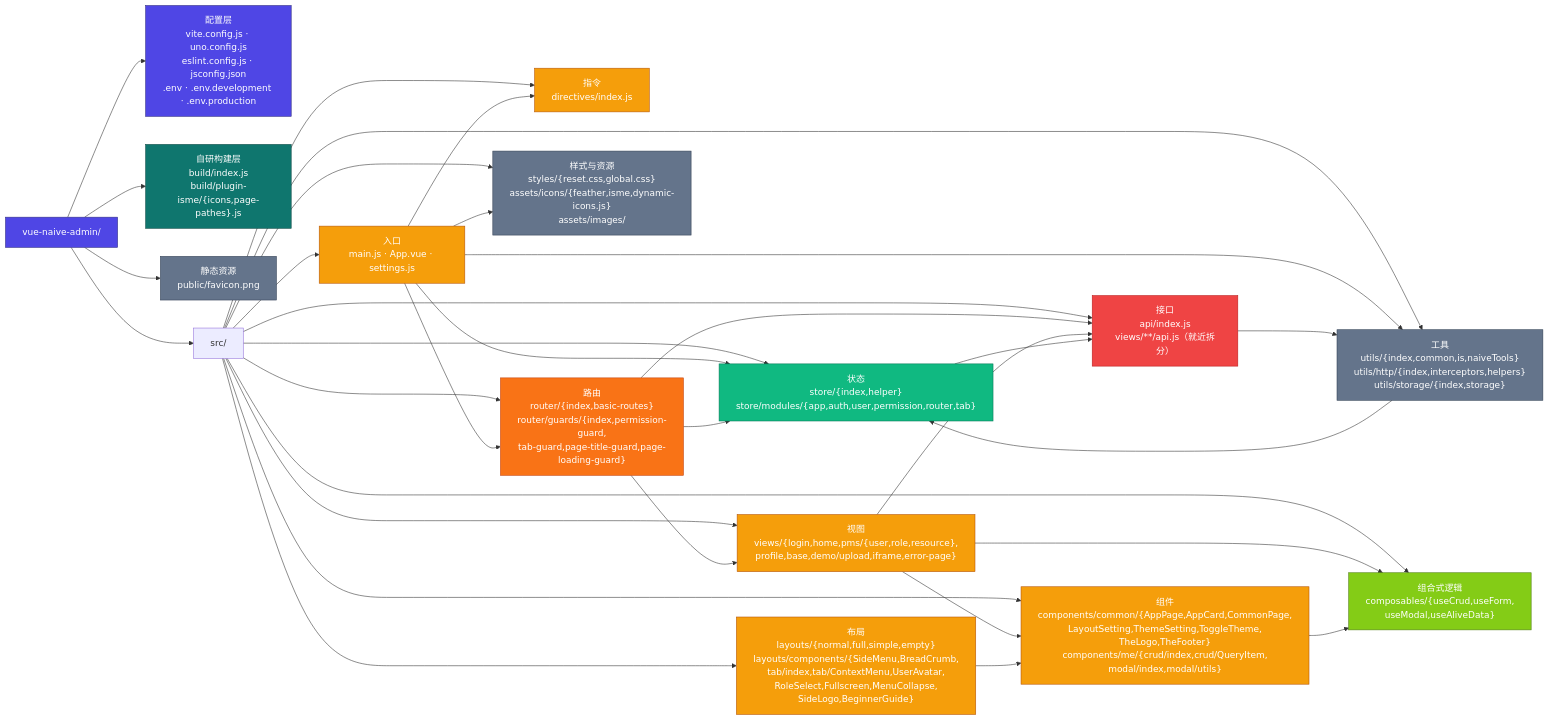
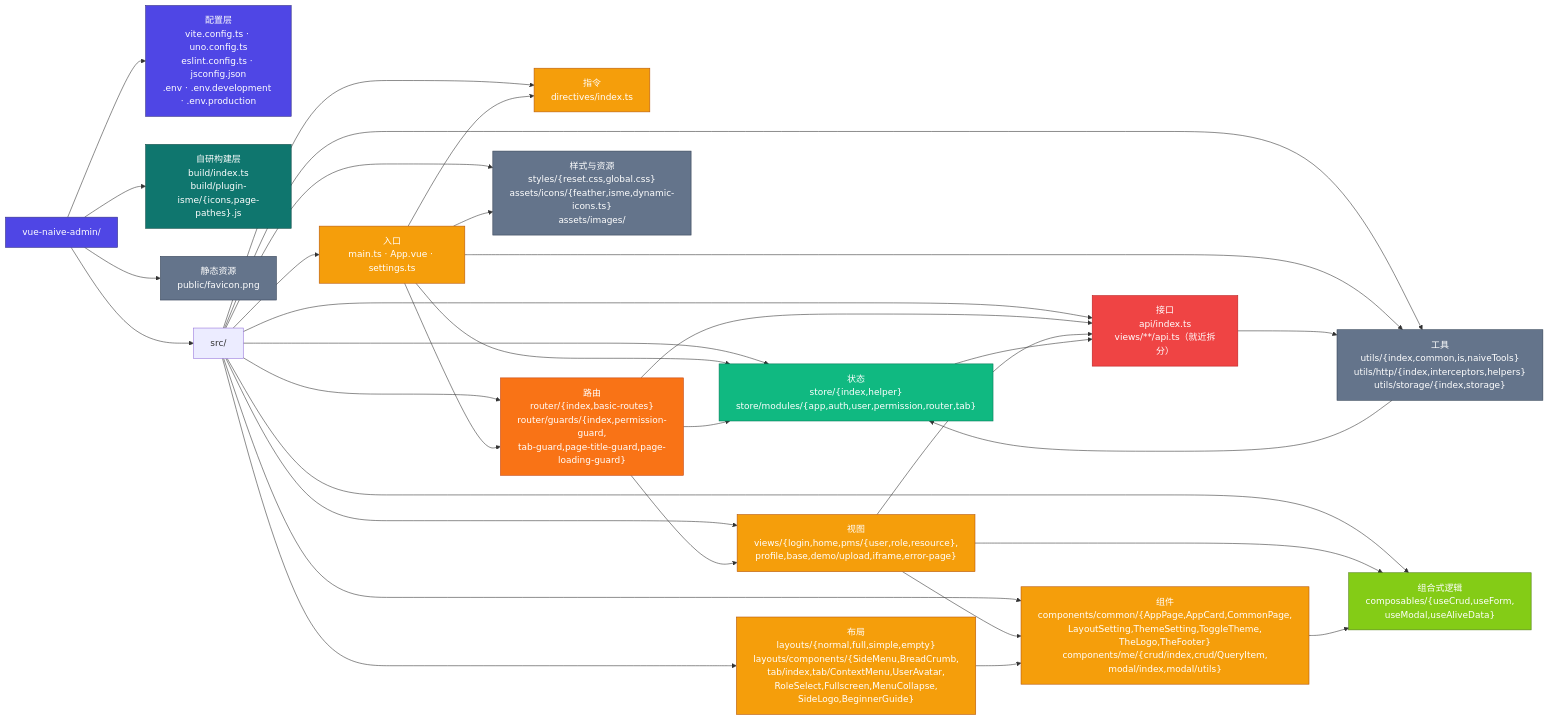
One commit to JiaxiLiang/vue-naive-admin changed diagram 13 of 13 in docs/arch-overview.md. Above: the diagram before and after it, drawn with Mermaid. The commit also changed other lines of this file and 93 other files, not shown here.

````diff
--- a/docs/arch-overview.md
+++ b/docs/arch-overview.md
@@ -812,56 +812,56 @@
 ```mermaid
 flowchart LR
     ROOT["vue-naive-admin/"]
 
-    ROOT --> CFG["配置层<br/>vite.config.js · uno.config.js<br/>eslint.config.js · jsconfig.json<br/>.env · .env.development · .env.production"]
-    ROOT --> BUILD["自研构建层<br/>build/index.js<br/>build/plugin-isme/{icons,page-pathes}.js"]
+    ROOT --> CFG["配置层<br/>vite.config.ts · uno.config.ts<br/>eslint.config.ts · jsconfig.json<br/>.env · .env.development · .env.production"]
+    ROOT --> BUILD["自研构建层<br/>build/index.ts<br/>build/plugin-isme/{icons,page-pathes}.js"]
     ROOT --> PUB["静态资源<br/>public/favicon.png"]
     ROOT --> SRC["src/"]
 
-    SRC --> S_MAIN["入口<br/>main.js · App.vue · settings.js"]
-    SRC --> S_DIR["指令<br/>directives/index.js"]
+    SRC --> S_MAIN["入口<br/>main.ts · App.vue · settings.ts"]
+    SRC --> S_DIR["指令<br/>directives/index.ts"]
     SRC --> S_LAY["布局<br/>layouts/{normal,full,simple,empty}<br/>layouts/components/{SideMenu,BreadCrumb,<br/>tab/index,tab/ContextMenu,UserAvatar,<br/>RoleSelect,Fullscreen,MenuCollapse,<br/>SideLogo,BeginnerGuide}"]
     SRC --> S_VW["视图<br/>views/{login,home,pms/{user,role,resource},<br/>profile,base,demo/upload,iframe,error-page}"]
     SRC --> S_CP["组件<br/>components/common/{AppPage,AppCard,CommonPage,<br/>LayoutSetting,ThemeSetting,ToggleTheme,<br/>TheLogo,TheFooter}<br/>components/me/{crud/index,crud/QueryItem,<br/>modal/index,modal/utils}"]
     SRC --> S_HO["组合式逻辑<br/>composables/{useCrud,useForm,<br/>useModal,useAliveData}"]
     SRC --> S_ST["状态<br/>store/{index,helper}<br/>store/modules/{app,auth,user,permission,router,tab}"]
     SRC --> S_RT["路由<br/>router/{index,basic-routes}<br/>router/guards/{index,permission-guard,<br/>tab-guard,page-title-guard,page-loading-guard}"]
-    SRC --> S_AP["接口<br/>api/index.js<br/>views/**/api.js（就近拆分）"]
+    SRC --> S_AP["接口<br/>api/index.ts<br/>views/**/api.ts（就近拆分）"]
     SRC --> S_UT["工具<br/>utils/{index,common,is,naiveTools}<br/>utils/http/{index,interceptors,helpers}<br/>utils/storage/{index,storage}"]
-    SRC --> S_STY["样式与资源<br/>styles/{reset.css,global.css}<br/>assets/icons/{feather,isme,dynamic-icons.js}<br/>assets/images/"]
+    SRC --> S_STY["样式与资源<br/>styles/{reset.css,global.css}<br/>assets/icons/{feather,isme,dynamic-icons.ts}<br/>assets/images/"]
 
     S_MAIN --> S_ST
     S_MAIN --> S_DIR
     S_MAIN --> S_RT
     S_MAIN --> S_UT
     S_MAIN --> S_STY
     S_RT --> S_ST
     S_RT --> S_VW
     S_RT --> S_AP
     S_VW --> S_CP
     S_VW --> S_HO
     S_VW --> S_AP
     S_CP --> S_HO
     S_LAY --> S_CP
     S_AP --> S_UT
     S_ST --> S_AP
     S_UT --> S_ST
 
     classDef cfgLayer fill:#4f46e5,stroke:#312e81,color:#fff
     classDef blLayer fill:#0f766e,stroke:#134e4a,color:#fff
     classDef coreLayer fill:#f59e0b,stroke:#b45309,color:#fff
     classDef uiLayer fill:#0ea5e9,stroke:#0369a1,color:#fff
     classDef lgLayer fill:#84cc16,stroke:#4d7c0f,color:#fff
     classDef stLayer fill:#10b981,stroke:#047857,color:#fff
     classDef rtLayer fill:#f97316,stroke:#c2410c,color:#fff
     classDef apLayer fill:#ef4444,stroke:#b91c1c,color:#fff
     classDef utLayer fill:#64748b,stroke:#334155,color:#fff
     class CFG,ROOT cfgLayer
     class BUILD blLayer
     class S_MAIN,S_DIR,S_LAY,S_VW,S_CP coreLayer
     class S_HO lgLayer
     class S_ST stLayer
     class S_RT rtLayer
     class S_AP apLayer
     class S_UT,PUB,S_STY utLayer
 ```
````
